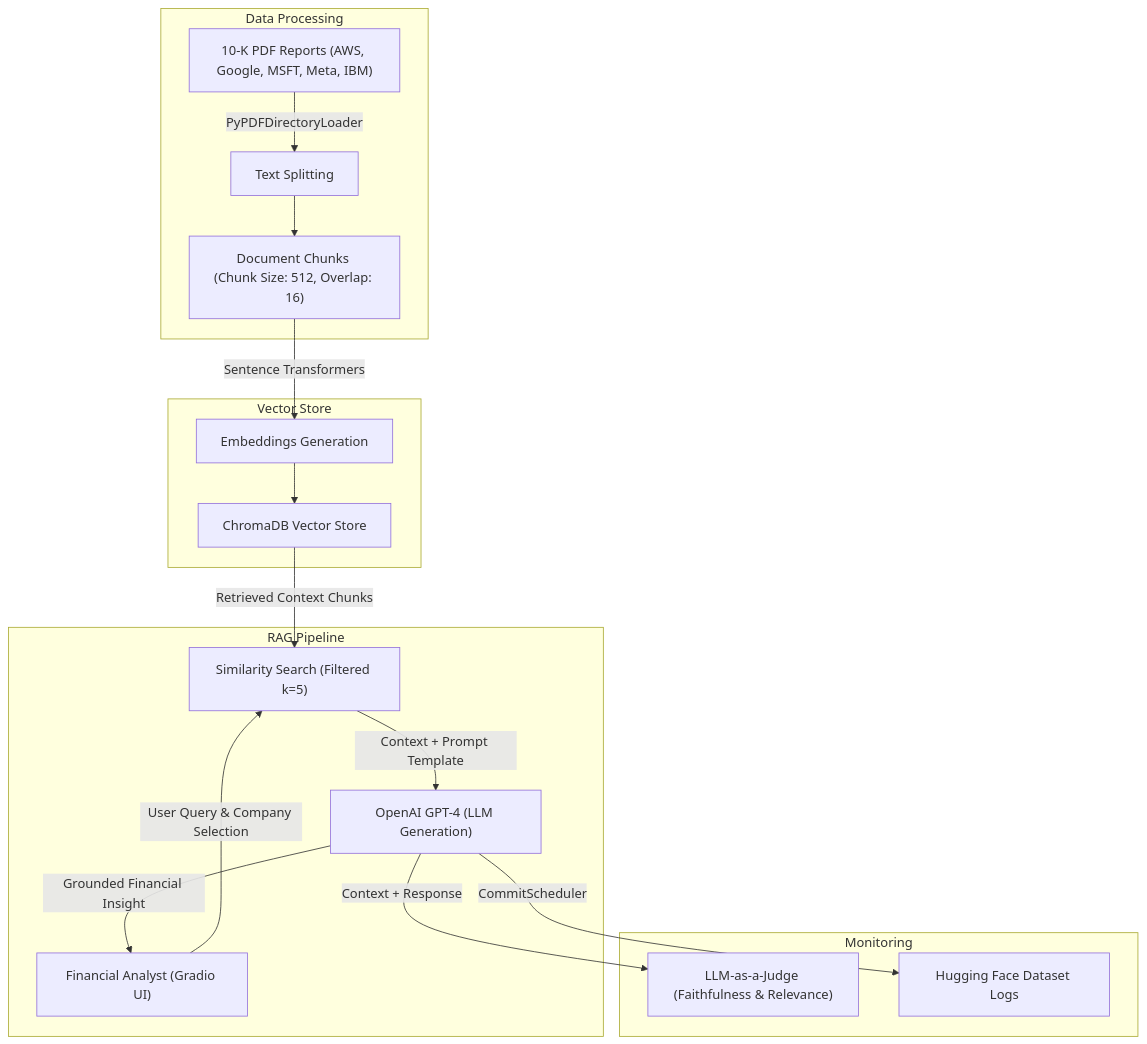
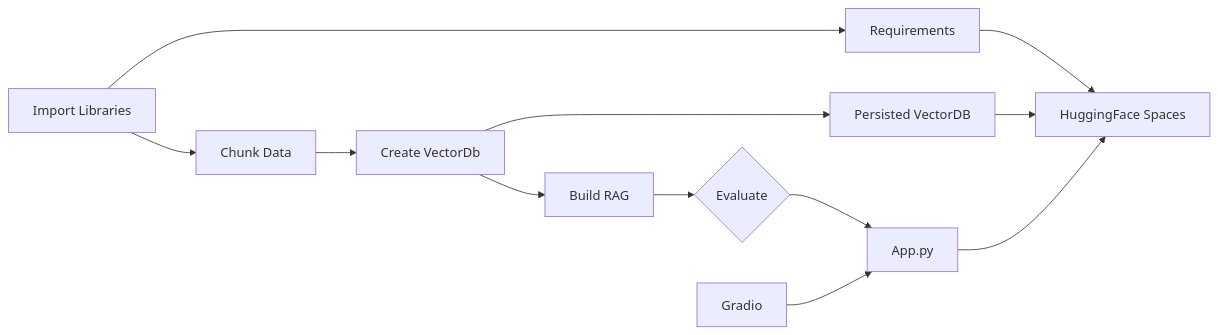
One commit to nyanzi-AI-ML/rag-analyzer changed the second of 3 diagrams in README.md. Above: the diagram before and after it, drawn with Mermaid. The commit also changed other lines of this file, not shown here.

Commit message:
data logs file and notebook

````diff
--- a/README.md
+++ b/README.md
@@ -38,21 +59,16 @@
 ```mermaid
-graph TD
-    subgraph Data Processing
-        A["10-K PDF Reports (AWS, Google, MSFT, Meta, IBM)"] -->|PyPDFDirectoryLoader| B["Text Splitting"]
-        B --> C["Document Chunks (Chunk Size: 512, Overlap: 16)"]
-    end
-    subgraph Vector Store
-        C -->|Sentence Transformers| D["Embeddings Generation"]
-        D --> E["ChromaDB Vector Store"]
-    end
-    subgraph RAG Pipeline
-        F["Financial Analyst (Gradio UI)"] -->|User Query & Company Selection| G["Similarity Search (Filtered k=5)"]
-        E -->|Retrieved Context Chunks| G
-        G -->|Context + Prompt Template| H["OpenAI GPT-4 (LLM Generation)"]
-        H -->|Grounded Financial Insight| F
-    end
-    subgraph Monitoring
-        H -->|Context + Response| J["LLM-as-a-Judge (Faithfulness & Relevance)"]
-        H -->|CommitScheduler| I["Hugging Face Dataset Logs"]
-    end
+graph LR
+    A["Import Libraries"] --> B["Chunk Data"]
+    B --> C["Create VectorDb"]
+    C --> D["Build RAG"]
+    D --> E{"Evaluate"}
+    E --> F["App.py"]
+    G["Gradio"] --> F
+
+    A --> H["Requirements"]
+    C --> I["Persisted VectorDB"]
+    
+    H --> J["HuggingFace Spaces"]
+    I --> J
+    F --> J
 ```
````
